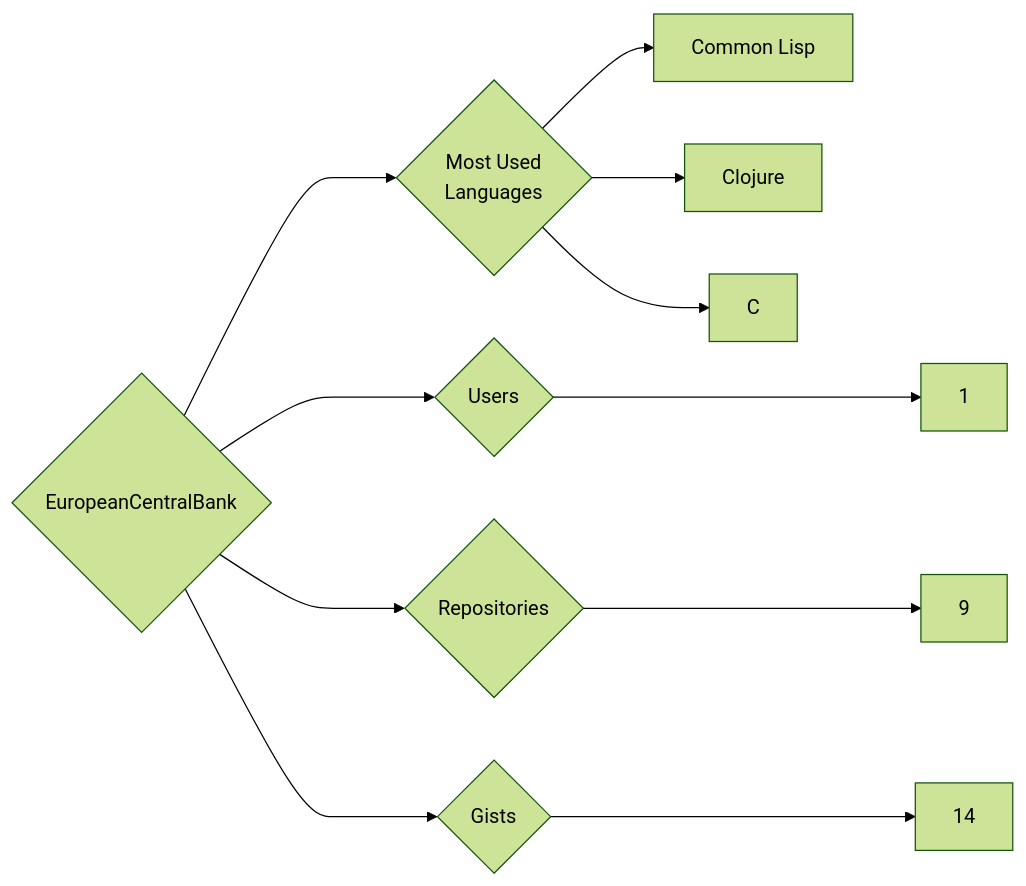
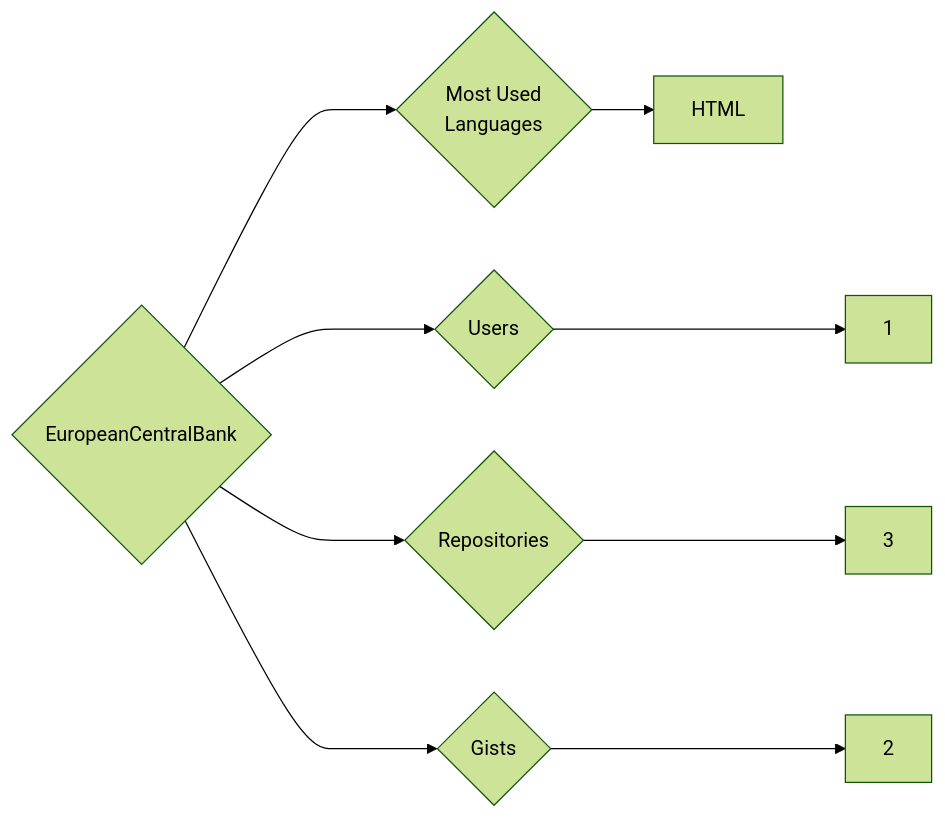
The diagram in targets/EuropeanCentralBank/README.md (trickest/insiders), drawn with Mermaid (forest theme) before and after one commit. The commit also changed 1314 other files, not shown here.

````diff
--- a/targets/EuropeanCentralBank/README.md
+++ b/targets/EuropeanCentralBank/README.md
@@ -3,11 +3,9 @@
 ```mermaid
 graph LR
 COMPANY_NAME{EuropeanCentralBank}
 COMPANY_NAME ---> U{Users} ---> UN[1]
-COMPANY_NAME ---> R{Repositories} ---> RN[9]
-COMPANY_NAME ---> G{Gists} ---> GN[14]
+COMPANY_NAME ---> R{Repositories} ---> RN[3]
+COMPANY_NAME ---> G{Gists} ---> GN[2]
 COMPANY_NAME ---> ML{Most Used<br>Languages}
-ML --> Common_Lisp[Common Lisp]
-ML --> Clojure[Clojure]
-ML --> C[C]
+ML --> HTML[HTML]
 ```
````
